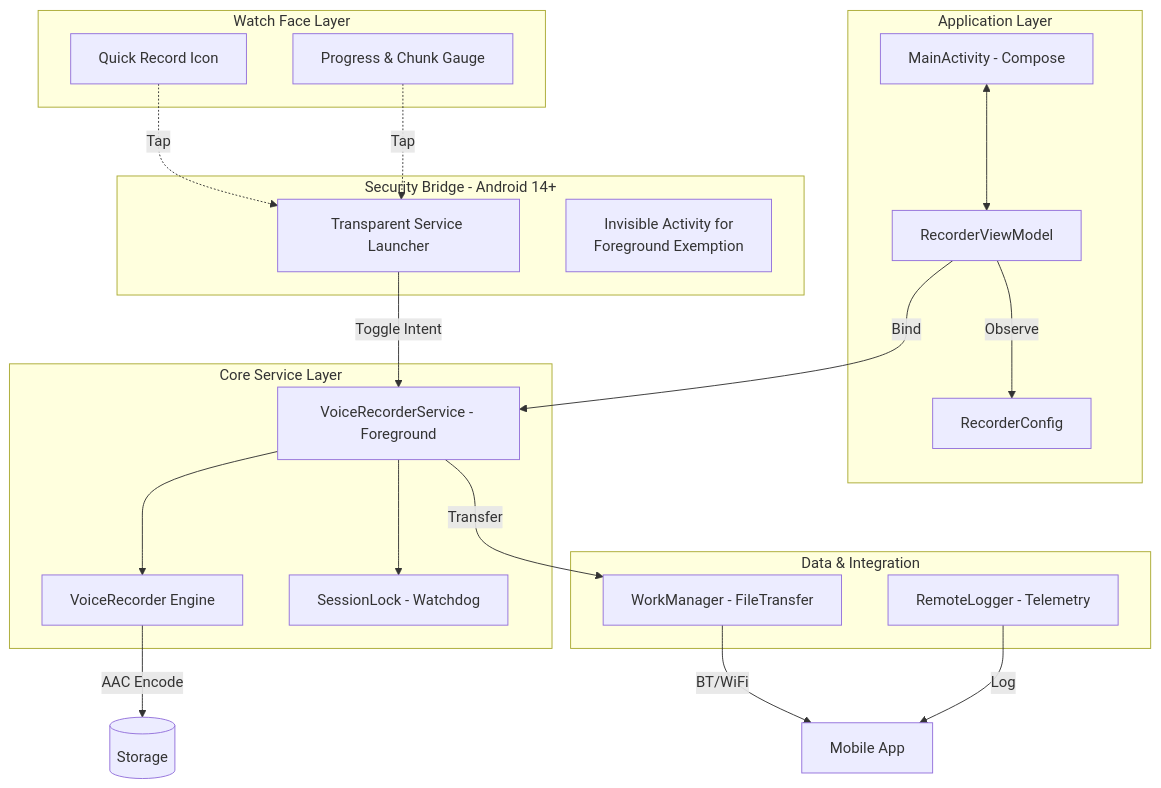
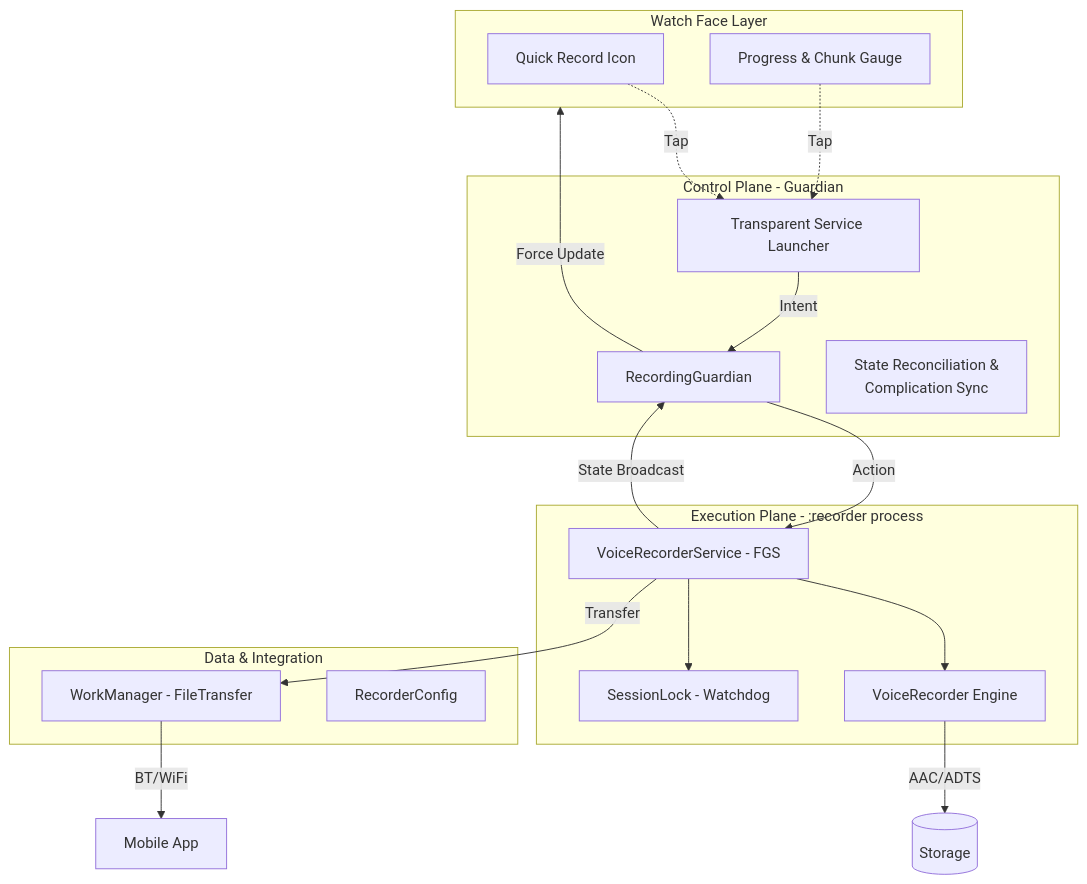
The diagram in README.md (romntica/TalkToTheHand), drawn with Mermaid before and after one commit. The commit also changed other lines of this file, not shown here.

First line of the commit message:
Release v1.3.0: Enhanced Complication Real-time Sync & Engine Stability. (Auto Start is still buggy due to CYS issue)

````diff
--- a/README.md
+++ b/README.md
@@ -44,51 +44,44 @@
 ```mermaid
 graph TD
     %% Watch Face Layer
     subgraph WatchFace [Watch Face Layer]
         C1[Quick Record Icon]
         C2[Progress & Chunk Gauge]
     end
 
-    %% Security Bridge Layer
-    subgraph BridgeLayer [Security Bridge - Android 14+]
+    %% Security & Control Plane
+    subgraph ControlPlane [Control Plane - Guardian]
+        RG[RecordingGuardian]
         TA[Transparent Service Launcher]
-        note1[Invisible Activity for<br/>Foreground Exemption]
+        note1[State Reconciliation &<br/>Complication Sync]
     end
 
-    %% Application Layer
-    subgraph AppUI [Application Layer]
-        MA[MainActivity - Compose]
-        VM[RecorderViewModel]
-        RC[RecorderConfig]
-    end
-
-    %% Core Service Layer
-    subgraph ServiceLayer [Core Service Layer]
-        VRS[VoiceRecorderService - Foreground]
+    %% Execution Plane
+    subgraph ExecutionPlane [Execution Plane - :recorder process]
+        VRS[VoiceRecorderService - FGS]
         VR[VoiceRecorder Engine]
         SL[SessionLock - Watchdog]
     end
 
     %% Data Layer
     subgraph DataSync [Data & Integration]
         FTW[WorkManager - FileTransfer]
-        RL[RemoteLogger - Telemetry]
+        RC[RecorderConfig]
     end
 
     %% Interactions
     C1 -. "Tap" .-> TA
     C2 -. "Tap" .-> TA
-    TA -- "Toggle Intent" --> VRS
+    TA -- "Intent" --> RG
+    RG -- "Action" --> VRS
     
-    MA <--> VM
-    VM -- "Bind" --> VRS
-    VM -- "Observe" --> RC
+    VRS -- "State Broadcast" --> RG
+    RG -- "Force Update" --> WatchFace
     
     VRS --> VR
     VRS --> SL
-    VR -- "AAC Encode" --> Storage[(Storage)]
+    VR -- "AAC/ADTS" --> Storage[(Storage)]
     
     VRS -- "Transfer" --> FTW
     FTW -- "BT/WiFi" --> Phone[Mobile App]
-    RL -- "Log" --> Phone
 ```
````
